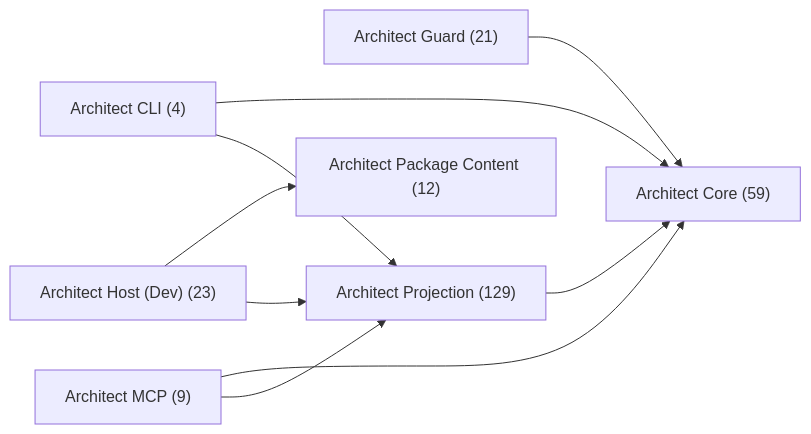
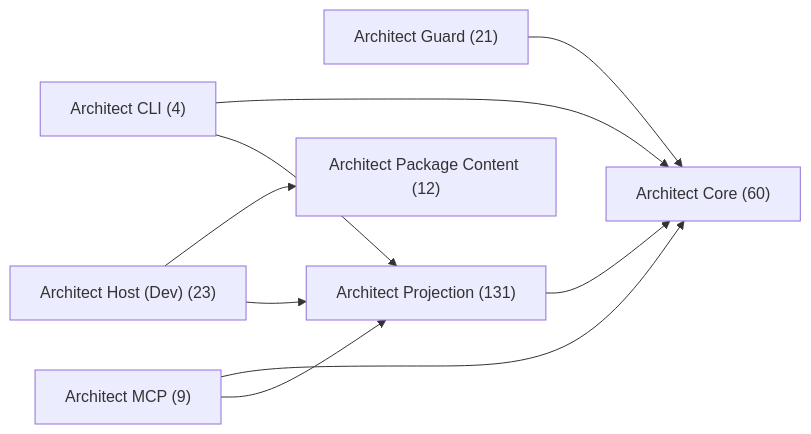
Before and after one commit to libar-dev/architect: the first of 8 diagrams in docs-live/architecture/package-seam.md, drawn with Mermaid. The commit also changed other lines of this file and 74 other files, not shown here.

````diff
--- a/docs-live/architecture/package-seam.md
+++ b/docs-live/architecture/package-seam.md
@@ -18,18 +18,18 @@
 ```mermaid
 graph LR
   pkg_architect_cli["Architect CLI (4)"]
-  pkg_architect_core["Architect Core (59)"]
+  pkg_architect_core["Architect Core (60)"]
   pkg_architect_guard["Architect Guard (21)"]
   pkg_architect_host_dev["Architect Host (Dev) (23)"]
   pkg_architect_mcp["Architect MCP (9)"]
   pkg_architect_package_content["Architect Package Content (12)"]
-  pkg_architect_projection["Architect Projection (129)"]
+  pkg_architect_projection["Architect Projection (131)"]
   pkg_architect_cli --> pkg_architect_core
   pkg_architect_cli --> pkg_architect_projection
   pkg_architect_guard --> pkg_architect_core
   pkg_architect_host_dev --> pkg_architect_package_content
   pkg_architect_host_dev --> pkg_architect_projection
   pkg_architect_mcp --> pkg_architect_core
   pkg_architect_mcp --> pkg_architect_projection
   pkg_architect_projection --> pkg_architect_core
 ```
````
